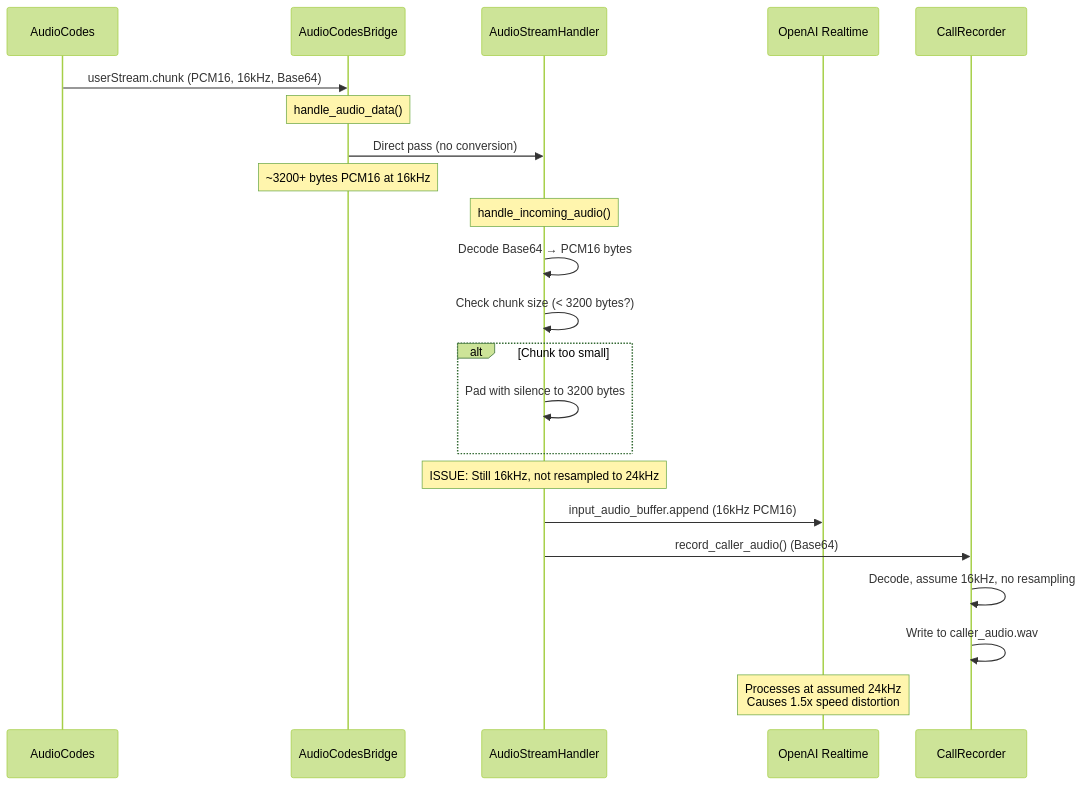
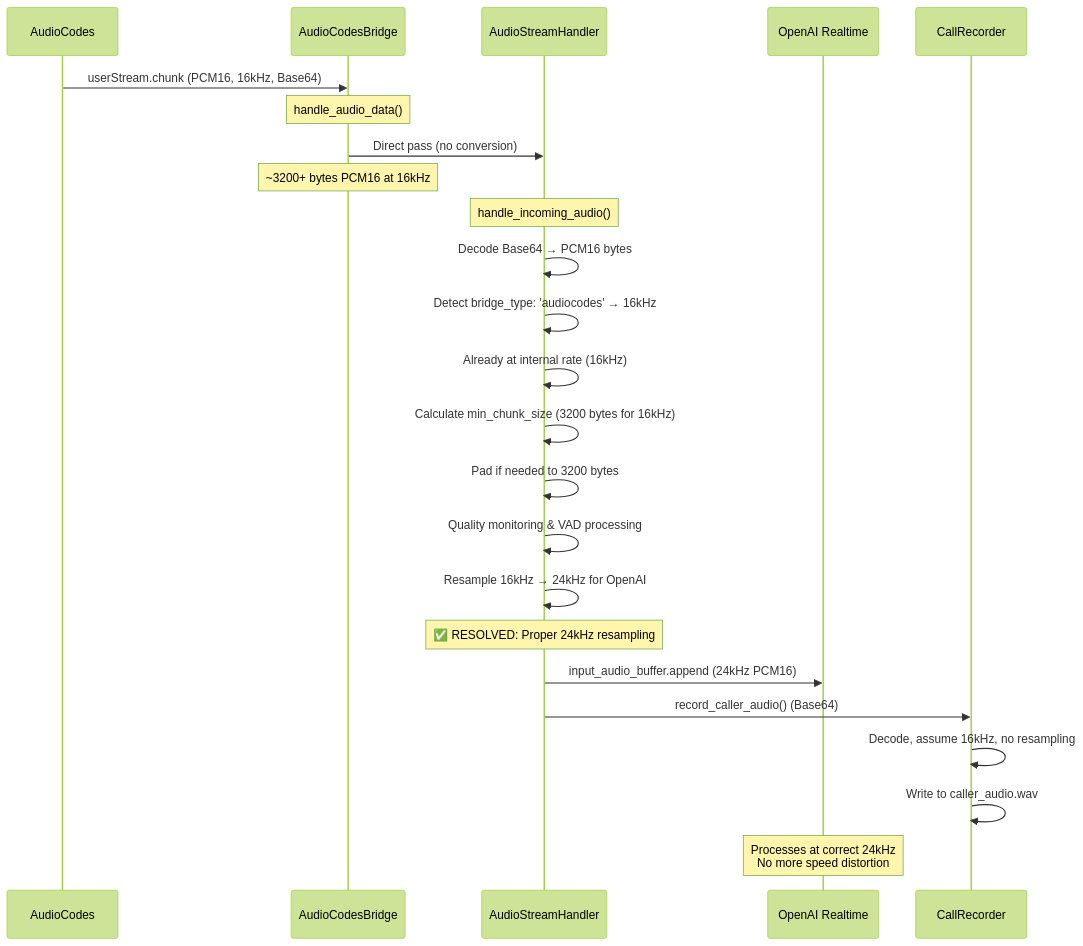
Before and after one commit to csmangum/opusagent: the sixth of 8 diagrams in docs/audio_technical_implementation.md, drawn with Mermaid (forest theme). The commit also changed other lines of this file and 2 other files, not shown here.

First line of the commit message:
Consolidate audio format flow analysis and technical implementation documentation

````diff
--- a/docs/audio_technical_implementation.md
+++ b/docs/audio_technical_implementation.md
@@ -48,28 +201,30 @@
 ```mermaid
 sequenceDiagram
     participant AC as AudioCodes
     participant AB as AudioCodesBridge
     participant ASH as AudioStreamHandler
     participant OAI as OpenAI Realtime
     participant CR as CallRecorder
     
     AC->>AB: userStream.chunk (PCM16, 16kHz, Base64)
     Note over AB: handle_audio_data()
     AB->>ASH: Direct pass (no conversion)
     Note over AB: ~3200+ bytes PCM16 at 16kHz
     
     Note over ASH: handle_incoming_audio()
     ASH->>ASH: Decode Base64 → PCM16 bytes
-    ASH->>ASH: Check chunk size (< 3200 bytes?)
-    alt Chunk too small
-        ASH->>ASH: Pad with silence to 3200 bytes
-    end
-    Note over ASH: ISSUE: Still 16kHz, not resampled to 24kHz
-    ASH->>OAI: input_audio_buffer.append (16kHz PCM16)
+    ASH->>ASH: Detect bridge_type: 'audiocodes' → 16kHz
+    ASH->>ASH: Already at internal rate (16kHz)
+    ASH->>ASH: Calculate min_chunk_size (3200 bytes for 16kHz)
+    ASH->>ASH: Pad if needed to 3200 bytes
+    ASH->>ASH: Quality monitoring & VAD processing
+    ASH->>ASH: Resample 16kHz → 24kHz for OpenAI
+    Note over ASH: ✅ RESOLVED: Proper 24kHz resampling
+    ASH->>OAI: input_audio_buffer.append (24kHz PCM16)
     
     ASH->>CR: record_caller_audio() (Base64)
     CR->>CR: Decode, assume 16kHz, no resampling
     CR->>CR: Write to caller_audio.wav
     
-    Note over OAI: Processes at assumed 24kHz<br/>Causes 1.5x speed distortion
+    Note over OAI: Processes at correct 24kHz<br/>No more speed distortion
 ```
````
